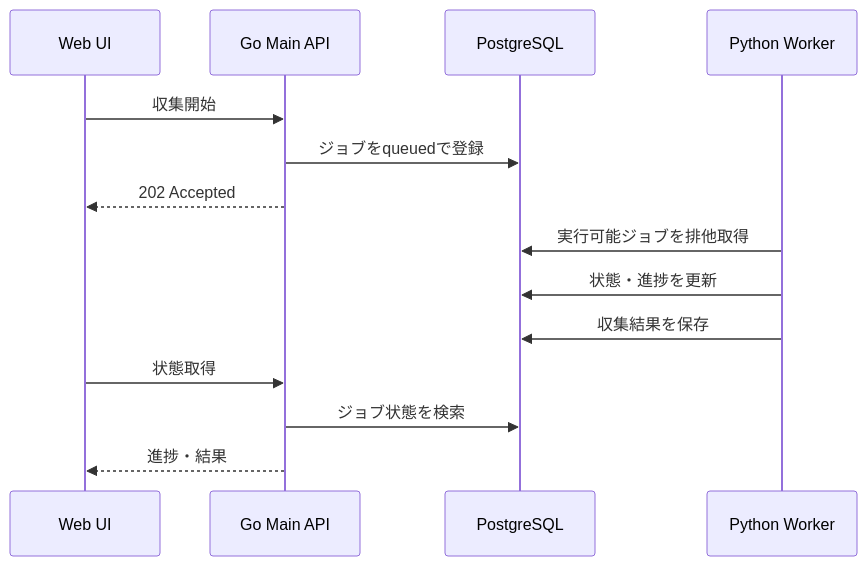
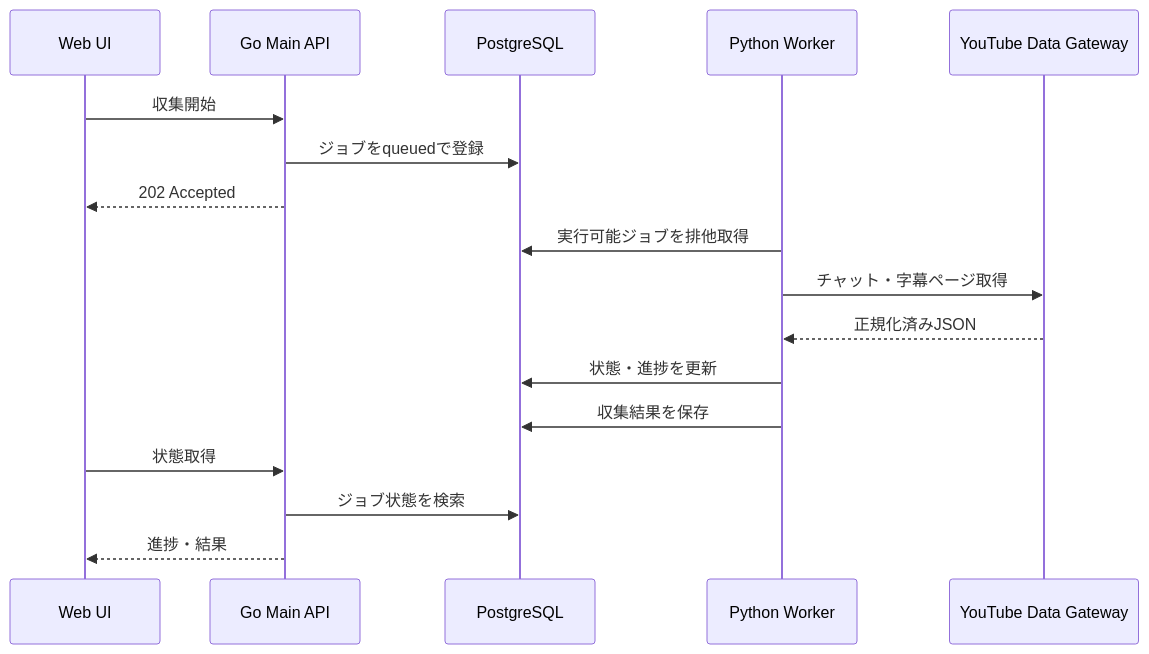
One commit to tsumasaki-kurageya/youtube-stream-analyzer changed the second of 2 diagrams in docs/architecture.md. Above: the diagram before and after it, drawn with Mermaid. The commit also changed other lines of this file, not shown here.

Commit message:
Document YouTube data gateway architecture

````diff
--- a/docs/architecture.md
+++ b/docs/architecture.md
@@ -320,17 +356,20 @@
 ```mermaid
 sequenceDiagram
     participant UI as Web UI
     participant API as Go Main API
     participant DB as PostgreSQL
     participant Worker as Python Worker
+    participant Gateway as YouTube Data Gateway
 
     UI->>API: 収集開始
     API->>DB: ジョブをqueuedで登録
     API-->>UI: 202 Accepted
     Worker->>DB: 実行可能ジョブを排他取得
+    Worker->>Gateway: チャット・字幕ページ取得
+    Gateway-->>Worker: 正規化済みJSON
     Worker->>DB: 状態・進捗を更新
     Worker->>DB: 収集結果を保存
     UI->>API: 状態取得
     API->>DB: ジョブ状態を検索
     API-->>UI: 進捗・結果
 ```
````
